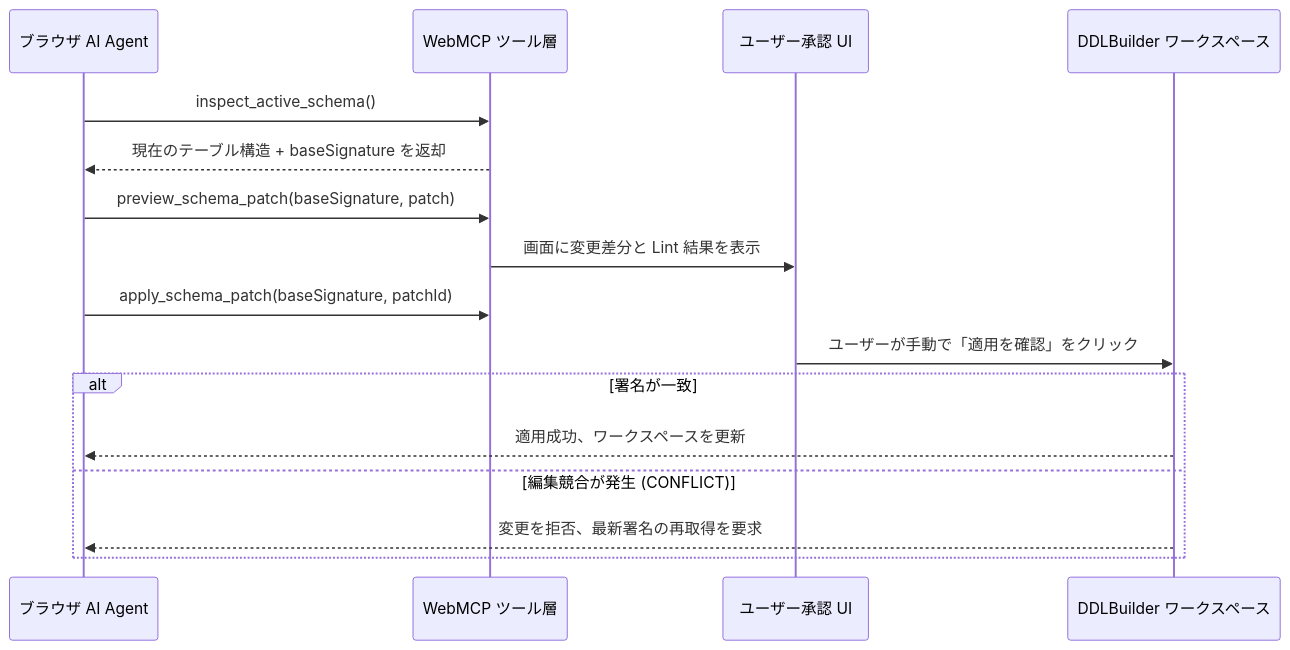
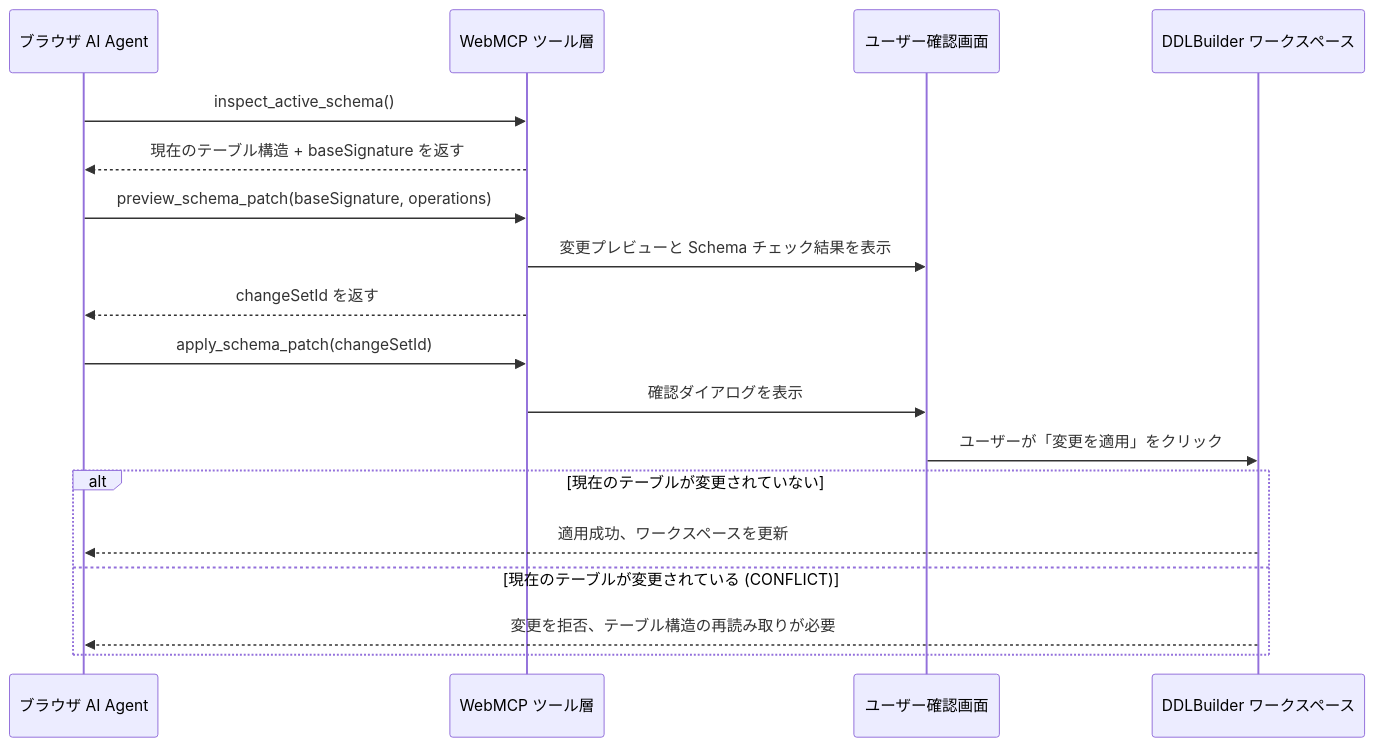
The diagram in apps/docs/ja/advanced/webmcp.md (xingkaixin/dddlbuilder), drawn with Mermaid before and after one commit. The commit also changed other lines of this file and 28 other files, not shown here.

````diff
--- a/apps/docs/ja/advanced/webmcp.md
+++ b/apps/docs/ja/advanced/webmcp.md
@@ -32,19 +32,21 @@
 ```mermaid
 sequenceDiagram
     participant Agent as ブラウザ AI Agent
     participant WebMCP as WebMCP ツール層
-    participant User as ユーザー承認 UI
+    participant User as ユーザー確認画面
     participant Workspace as DDLBuilder ワークスペース
 
     Agent->>WebMCP: inspect_active_schema()
-    WebMCP-->>Agent: 現在のテーブル構造 + baseSignature を返却
-    Agent->>WebMCP: preview_schema_patch(baseSignature, patch)
-    WebMCP->>User: 画面に変更差分と Lint 結果を表示
-    Agent->>WebMCP: apply_schema_patch(baseSignature, patchId)
-    User->>Workspace: ユーザーが手動で「適用を確認」をクリック
-    alt 署名が一致
+    WebMCP-->>Agent: 現在のテーブル構造 + baseSignature を返す
+    Agent->>WebMCP: preview_schema_patch(baseSignature, operations)
+    WebMCP->>User: 変更プレビューと Schema チェック結果を表示
+    WebMCP-->>Agent: changeSetId を返す
+    Agent->>WebMCP: apply_schema_patch(changeSetId)
+    WebMCP->>User: 確認ダイアログを表示
+    User->>Workspace: ユーザーが「変更を適用」をクリック
+    alt 現在のテーブルが変更されていない
         Workspace-->>Agent: 適用成功、ワークスペースを更新
-    else 編集競合が発生 (CONFLICT)
-        Workspace-->>Agent: 変更を拒否、最新署名の再取得を要求
+    else 現在のテーブルが変更されている (CONFLICT)
+        Workspace-->>Agent: 変更を拒否、テーブル構造の再読み取りが必要
     end
 ```
````
